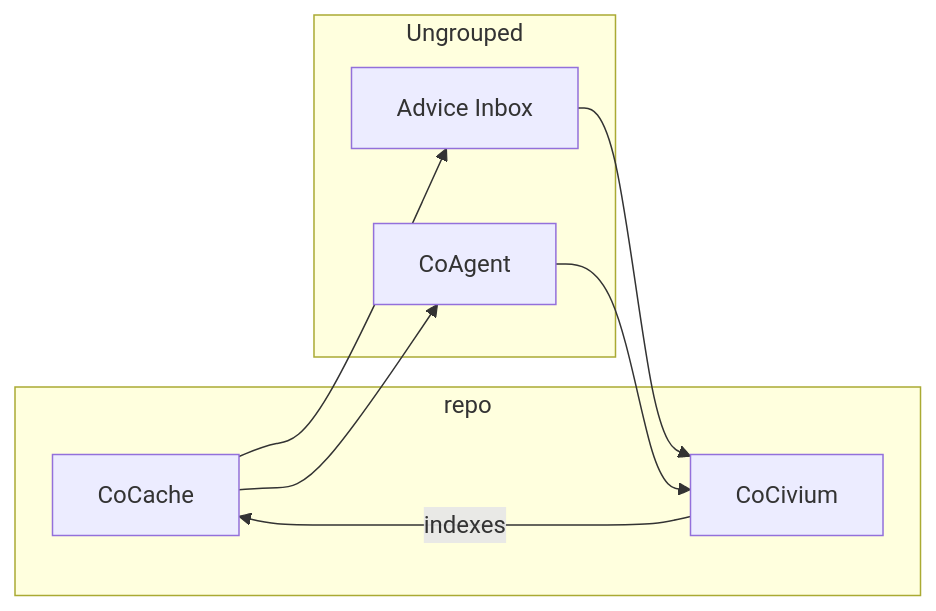
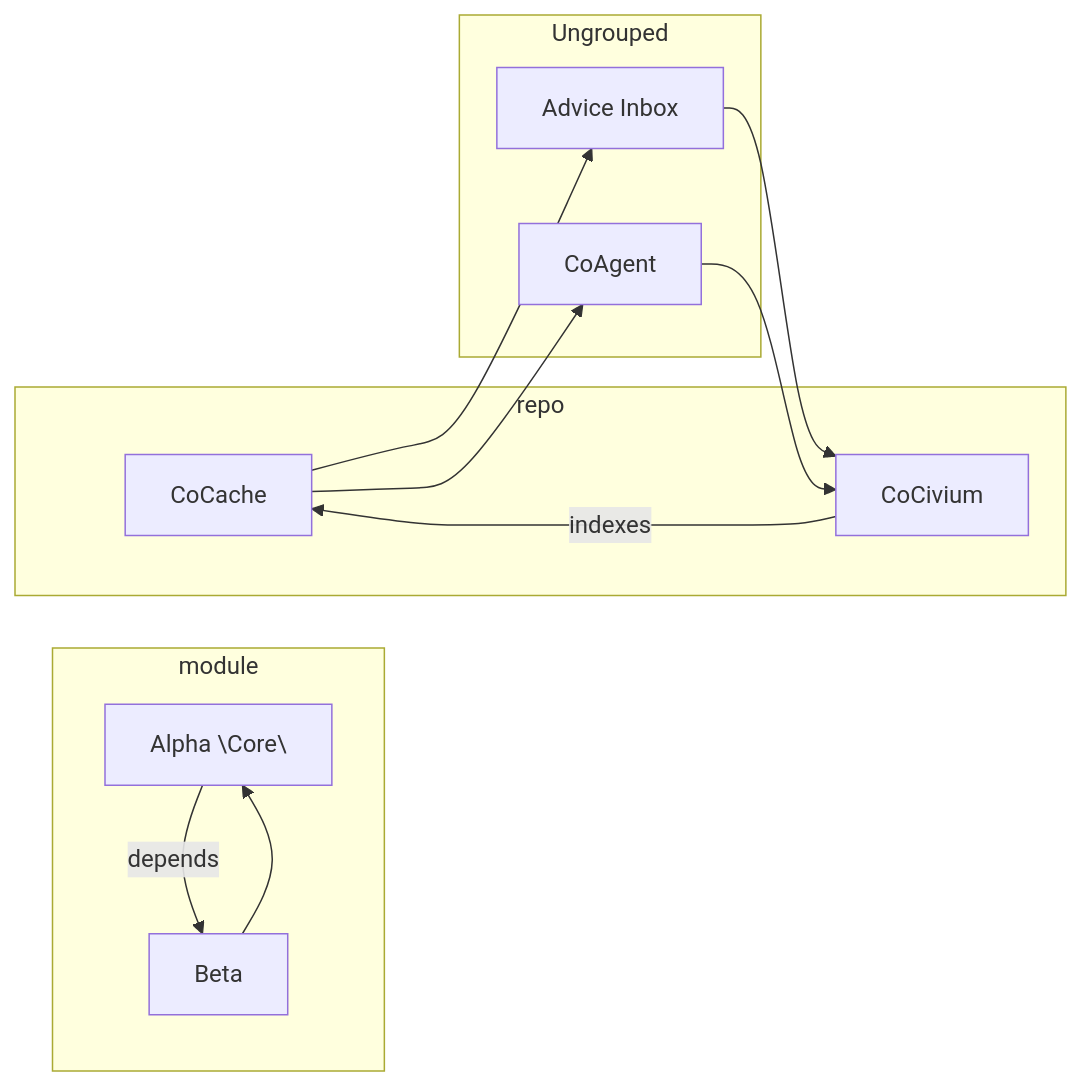
Before and after one commit to rickballard/CoCivium: the diagram in docs/diagrams/render/asset-graph.mmd, drawn with Mermaid. The commit also changed 2 other files, not shown here.

Commit message:
diagrams: no-here-strings builder; safe labels + optional rel; lint; deterministic fences [20251028T144530Z]

```diff
--- a/docs/diagrams/render/asset-graph.mmd
+++ b/docs/diagrams/render/asset-graph.mmd
@@ -1,17 +1,23 @@
-%% generated:2025-10-28T06:23:23Z
+%% generated:2025-10-28T14:45:30Z
 flowchart LR
+subgraph module
+  A["Alpha \"Core\""]
+  B["Beta"]
+end
 subgraph repo
   CoCache["CoCache"]
   CoCivium["CoCivium"]
 end
 subgraph Ungrouped
   AdviceInbox["Advice Inbox"]
   CoAgent["CoAgent"]
   CoCache["CoCache"]
   CoCivium["CoCivium"]
 end
+A --> |"depends"| B
 AdviceInbox --> CoCivium
+B --> A
 CoAgent --> CoCivium
 CoCache --> AdviceInbox
 CoCache --> CoAgent
 CoCivium --> |"indexes"| CoCache
```
